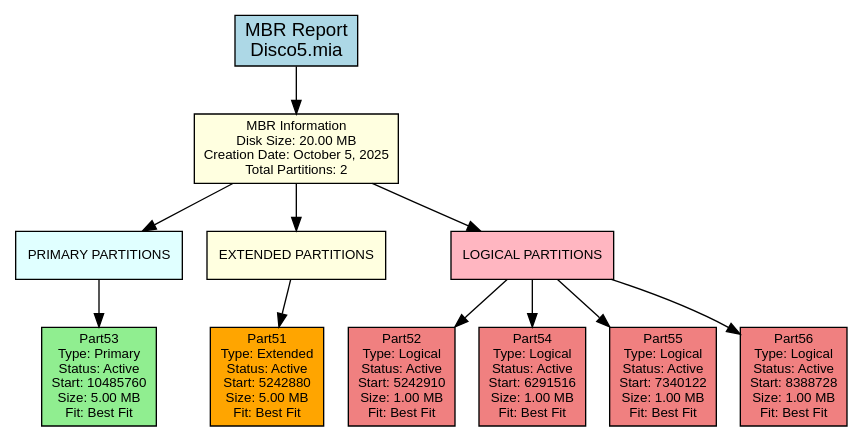
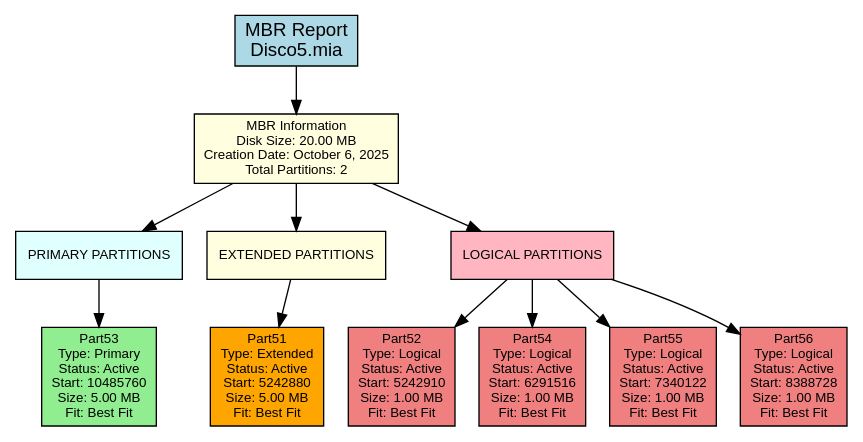
One commit to DiegVas/MIA_2S2025_P2_202300638 changed the diagram in backend/provider/reports/src/mbr_381C.dot. Above: the diagram before and after it, drawn with Graphviz. The commit also changed 24 other files, not shown here.

```diff
--- a/backend/provider/reports/src/mbr_381C.dot
+++ b/backend/provider/reports/src/mbr_381C.dot
@@ -1,34 +1,34 @@
 digraph MBR_Report {
     rankdir=TB;
     node [shape=box, style=filled];
     graph [fontname="Arial", fontsize=12];
     node [fontname="Arial", fontsize=10];
     edge [fontname="Arial"];
 
     title [label="MBR Report\nDisco5.mia", fillcolor=lightblue, fontsize=14];
 
-    mbr_info [label="MBR Information\nDisk Size: 20.00 MB\nCreation Date: October 5, 2025\nTotal Partitions: 2", fillcolor=lightyellow];
+    mbr_info [label="MBR Information\nDisk Size: 20.00 MB\nCreation Date: October 6, 2025\nTotal Partitions: 2", fillcolor=lightyellow];
 
     primary_section [label="PRIMARY PARTITIONS", shape=box, style=filled, fillcolor=lightcyan];
     primary_0 [label="Part53\nType: Primary\nStatus: Active\nStart: 10485760\nSize: 5.00 MB\nFit: Best Fit", fillcolor=lightgreen];
     primary_section -> primary_0;
 
     extended_section [label="EXTENDED PARTITIONS", shape=box, style=filled, fillcolor=lightyellow];
     extended_0 [label="Part51\nType: Extended\nStatus: Active\nStart: 5242880\nSize: 5.00 MB\nFit: Best Fit", fillcolor=orange];
     extended_section -> extended_0;
 
     logical_section [label="LOGICAL PARTITIONS", shape=box, style=filled, fillcolor=lightpink];
     logical_0 [label="Part52\nType: Logical\nStatus: Active\nStart: 5242910\nSize: 1.00 MB\nFit: Best Fit", fillcolor=lightcoral];
     logical_section -> logical_0;
     logical_1 [label="Part54\nType: Logical\nStatus: Active\nStart: 6291516\nSize: 1.00 MB\nFit: Best Fit", fillcolor=lightcoral];
     logical_section -> logical_1;
     logical_2 [label="Part55\nType: Logical\nStatus: Active\nStart: 7340122\nSize: 1.00 MB\nFit: Best Fit", fillcolor=lightcoral];
     logical_section -> logical_2;
     logical_3 [label="Part56\nType: Logical\nStatus: Active\nStart: 8388728\nSize: 1.00 MB\nFit: Best Fit", fillcolor=lightcoral];
     logical_section -> logical_3;
 
     title -> mbr_info;
     mbr_info -> primary_section;
     mbr_info -> extended_section;
     mbr_info -> logical_section;
 }
```
